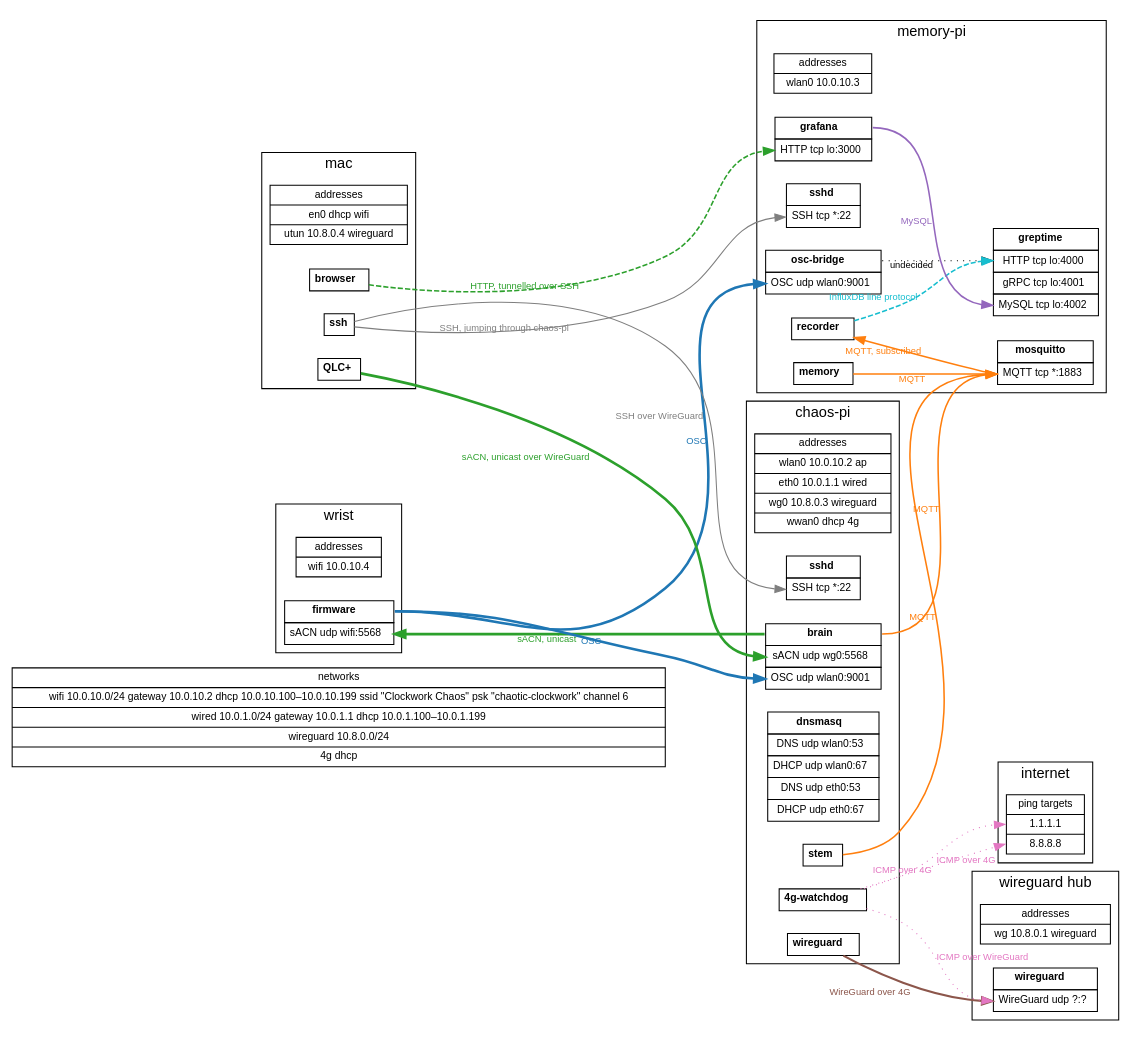
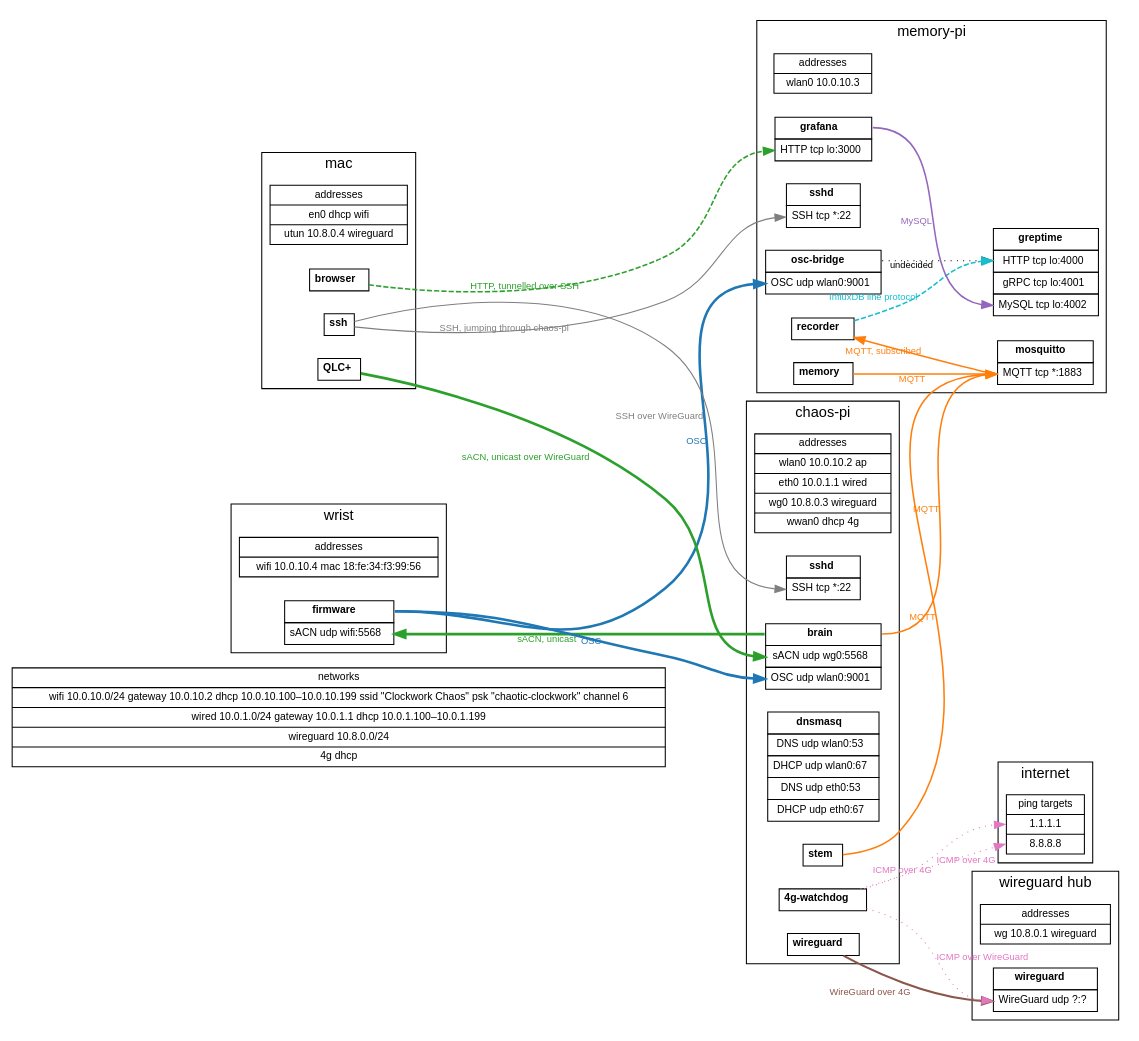
The diagram in clockwork.dot (kjkoster/tensegrity-open-claw), drawn with Graphviz before and after one commit. The commit also changed 12 other files, not shown here.

Commit message:
Live test with the firmware: flash and see OSC messages using `ngrep` from a neighbouring device. That all works. Matched the baud rate so we can see the boot messages of the board.

```diff
--- a/clockwork.dot
+++ b/clockwork.dot
@@ -16,7 +16,9 @@
 //                           network. "dhcp" for an address taken from a lease. The network
 //                           may be left out where the address lies in its CIDR; a lease
 //                           always names it. The device that is a WiFi network's access
-//                           point adds `ap`; there is one.
+//                           point adds `ap`; there is one. A board flashed from claw-pi's
+//                           USB adds `mac <mac>`, in lower case: its chip's MAC, by which the
+//                           deploy knows which firmware it takes. No two devices share one.
 //   any other node          a service on that device: a table of one column, a cell per row.
 //                           The first cell is its name, in bold, at port `title`; then one cell
 //                           per port it listens on, at port `<id>`, holding
@@ -117,7 +119,7 @@
     subgraph cluster_wrist {
         label="wrist";
 
-        wrist_if [label="addresses|wifi 10.0.10.4"];
+        wrist_if [label="addresses|wifi 10.0.10.4 mac 18:fe:34:f3:99:56"];
 
         node [shape=plain];
 
```
